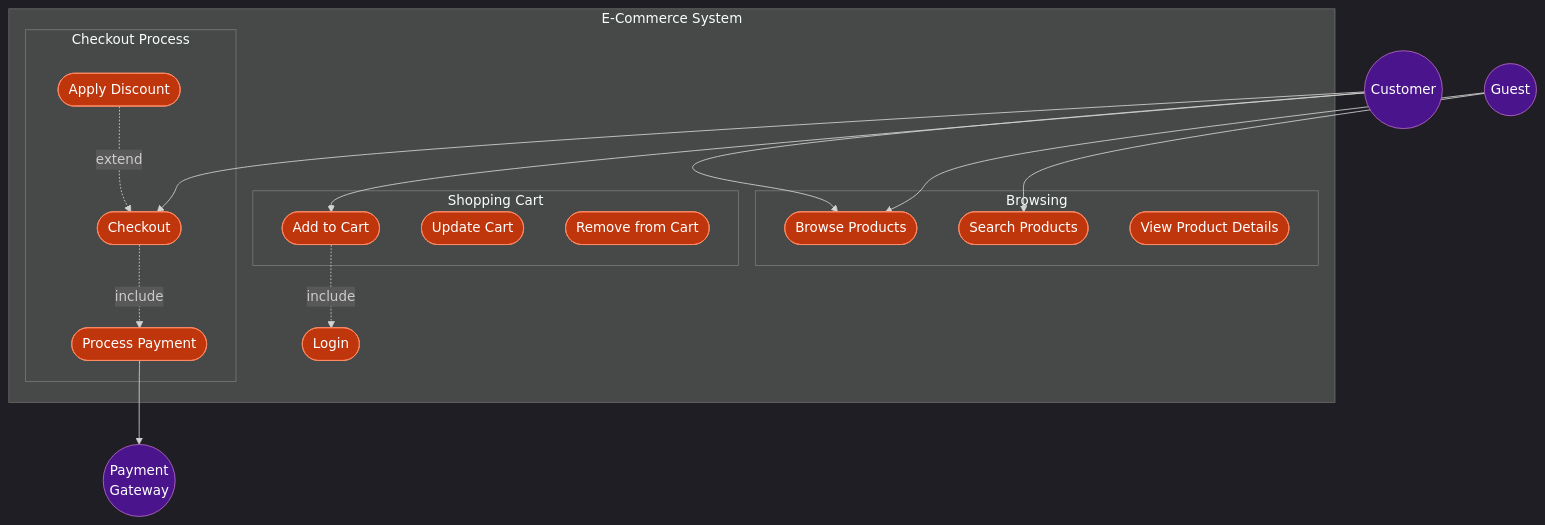
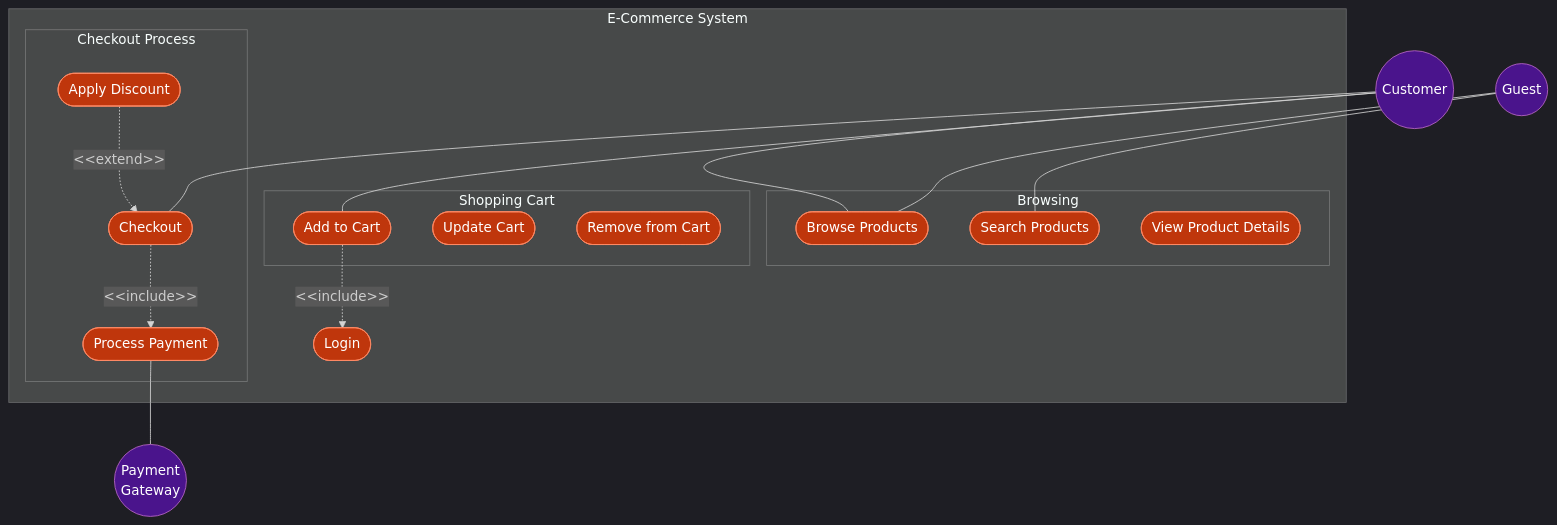
Before and after one commit to ToshikiImagawa/ai-sdd-workflow: diagram 24 of 25 in plugins/sdd-workflow/shared/references/usecase_diagram_guide.md, drawn with Mermaid. The commit also changed other lines of this file and 48 other files, not shown here.

First line of the commit message:
v3.0.1: Mermaid記法のUML標準準拠とsdd-init設定管理機能の追加 (#35)

````diff
--- a/plugins/sdd-workflow/shared/references/usecase_diagram_guide.md
+++ b/plugins/sdd-workflow/shared/references/usecase_diagram_guide.md
@@ -637,46 +640,46 @@
 ```mermaid
 %%{init: {'theme': 'dark'}}%%
 flowchart TB
     Customer((Customer))
     Guest((Guest))
     PaymentGateway((Payment<br/>Gateway))
 
     subgraph ECommerce [E-Commerce System]
         subgraph Browse [Browsing]
             UC1(["Browse Products"])
             UC2(["Search Products"])
             UC3(["View Product Details"])
         end
 
         subgraph Cart [Shopping Cart]
             UC4(["Add to Cart"])
             UC5(["Update Cart"])
             UC6(["Remove from Cart"])
         end
 
         subgraph Checkout [Checkout Process]
             UC7(["Checkout"])
             UC8(["Apply Discount"])
             UC9(["Process Payment"])
         end
 
         UC10(["Login"])
     end
 
-    Customer --> UC1
-    Customer --> UC4
-    Customer --> UC7
-    Guest --> UC1
-    Guest --> UC2
+    Customer --- UC1
+    Customer --- UC4
+    Customer --- UC7
+    Guest --- UC1
+    Guest --- UC2
 
-    UC4 -. include .-> UC10
-    UC7 -. include .-> UC9
-    UC8 -. extend .-> UC7
-    UC9 --> PaymentGateway
+    UC4 -.->|"&lt;&lt;include&gt;&gt;"| UC10
+    UC7 -.->|"&lt;&lt;include&gt;&gt;"| UC9
+    UC8 -.->|"&lt;&lt;extend&gt;&gt;"| UC7
+    UC9 --- PaymentGateway
 
     classDef actor fill:#4a148c,stroke:#ba68c8,color:#fff
     classDef usecase fill:#bf360c,stroke:#ff8a65,color:#fff
 
     class Customer,Guest,PaymentGateway actor
     class UC1,UC2,UC3,UC4,UC5,UC6,UC7,UC8,UC9,UC10 usecase
 ```
````
